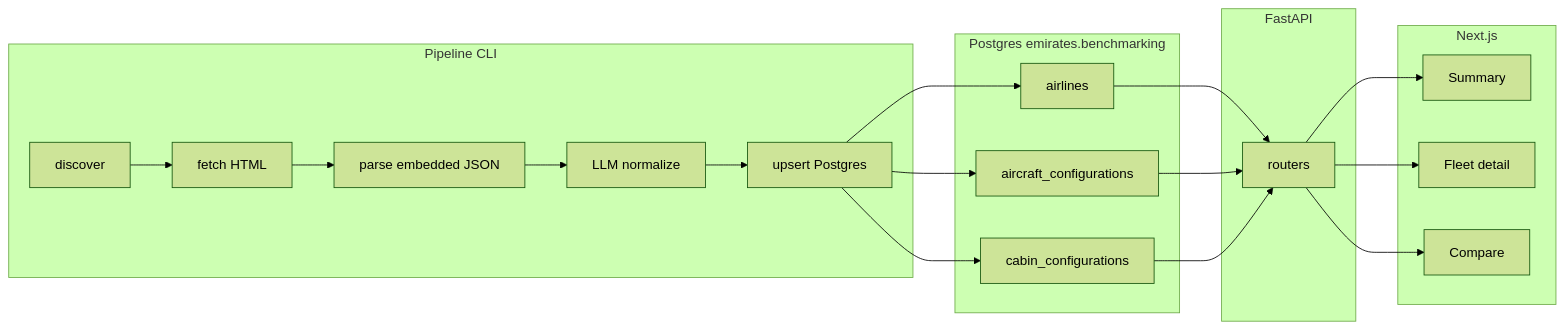
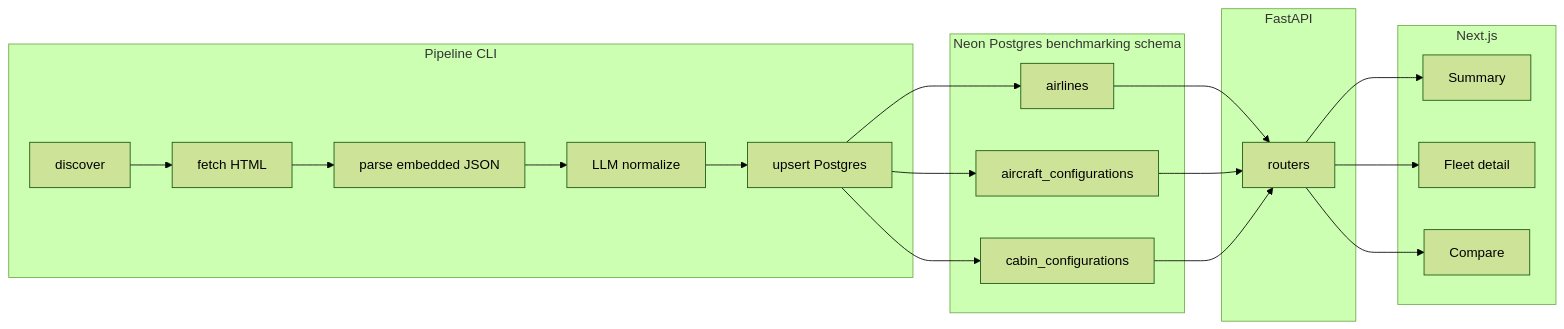
The diagram in docs/architecture.md (ongsterr/airline-benchmarking), drawn with Mermaid (forest theme) before and after one commit. The commit also changed other lines of this file and 4 other files, not shown here.

Commit message:
feat: convert the local postgres to cloud neon db

````diff
--- a/docs/architecture.md
+++ b/docs/architecture.md
@@ -63,25 +63,25 @@
 ```mermaid
 flowchart LR
     subgraph pipeline [Pipeline CLI]
         D[discover] --> F[fetch HTML]
         F --> P[parse embedded JSON]
         P --> N[LLM normalize]
         N --> L[upsert Postgres]
     end
-    subgraph storage [Postgres emirates.benchmarking]
+    subgraph storage [Neon Postgres benchmarking schema]
         T1[airlines]
         T2[aircraft_configurations]
         T3[cabin_configurations]
     end
     subgraph serve [FastAPI]
         API[routers]
     end
     subgraph ui [Next.js]
         V1[Summary]
         V2[Fleet detail]
         V3[Compare]
     end
     L --> T1 & T2 & T3
     T1 & T2 & T3 --> API
     API --> V1 & V2 & V3
 ```
````
